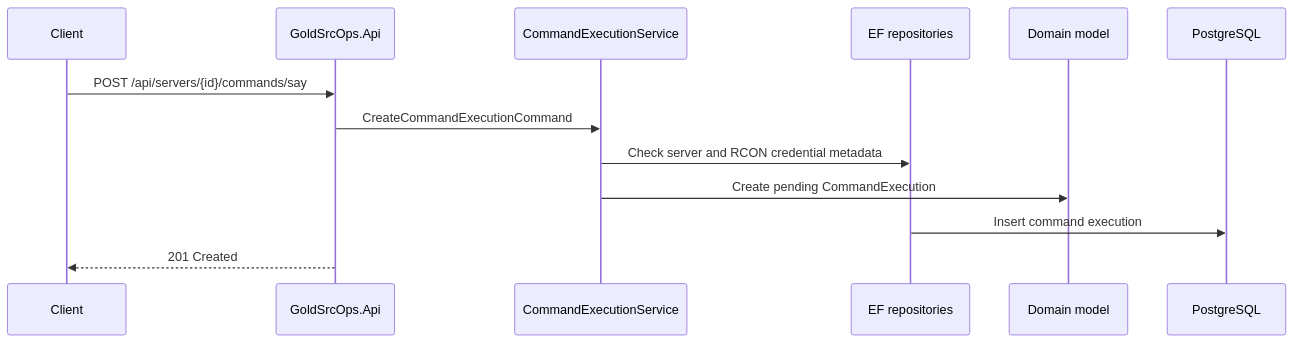
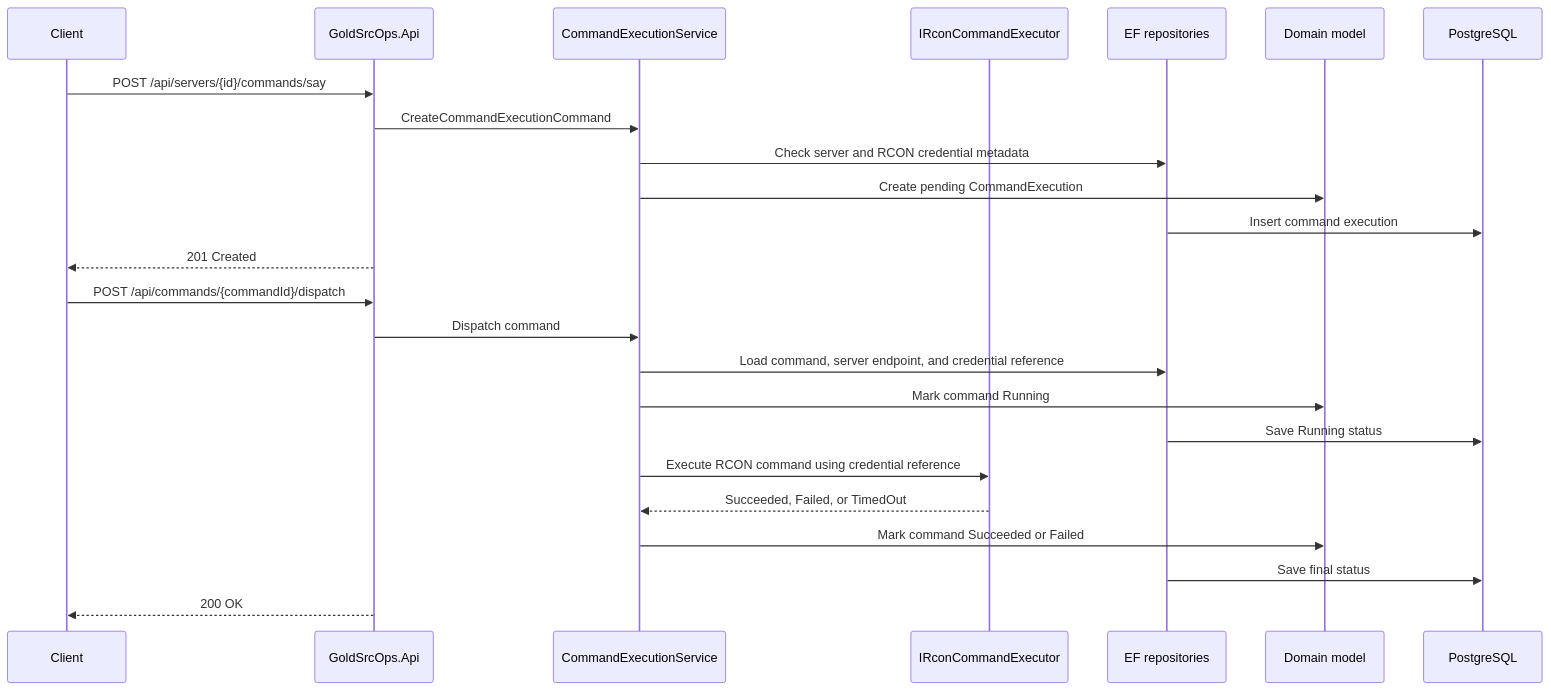
One commit to tov-vl/gold-src-ops changed the fifth of 5 diagrams in docs/architecture.md. Above: the diagram before and after it, drawn with Mermaid. The commit also changed other lines of this file and 19 other files, not shown here.

Commit message:
Add safe command dispatch boundary

````diff
--- a/docs/architecture.md
+++ b/docs/architecture.md
@@ -158,16 +160,28 @@
 ```mermaid
 sequenceDiagram
     participant Client
     participant API as GoldSrcOps.Api
     participant App as CommandExecutionService
+    participant Executor as IRconCommandExecutor
     participant Repo as EF repositories
     participant Domain as Domain model
     participant Db as PostgreSQL
 
     Client->>API: POST /api/servers/{id}/commands/say
     API->>App: CreateCommandExecutionCommand
     App->>Repo: Check server and RCON credential metadata
     App->>Domain: Create pending CommandExecution
     Repo->>Db: Insert command execution
     API-->>Client: 201 Created
+
+    Client->>API: POST /api/commands/{commandId}/dispatch
+    API->>App: Dispatch command
+    App->>Repo: Load command, server endpoint, and credential reference
+    App->>Domain: Mark command Running
+    Repo->>Db: Save Running status
+    App->>Executor: Execute RCON command using credential reference
+    Executor-->>App: Succeeded, Failed, or TimedOut
+    App->>Domain: Mark command Succeeded or Failed
+    Repo->>Db: Save final status
+    API-->>Client: 200 OK
 ```
````
